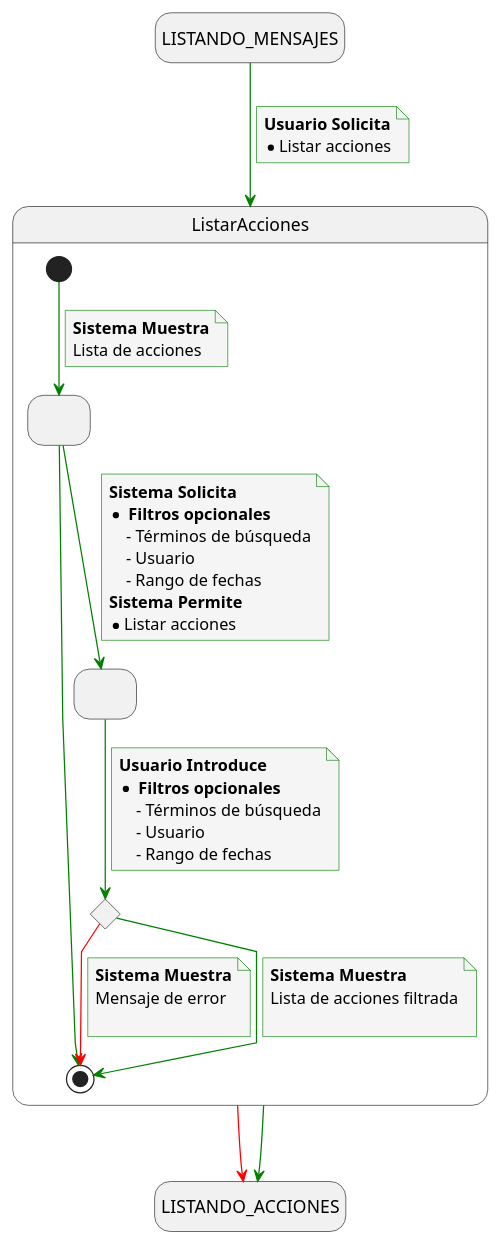
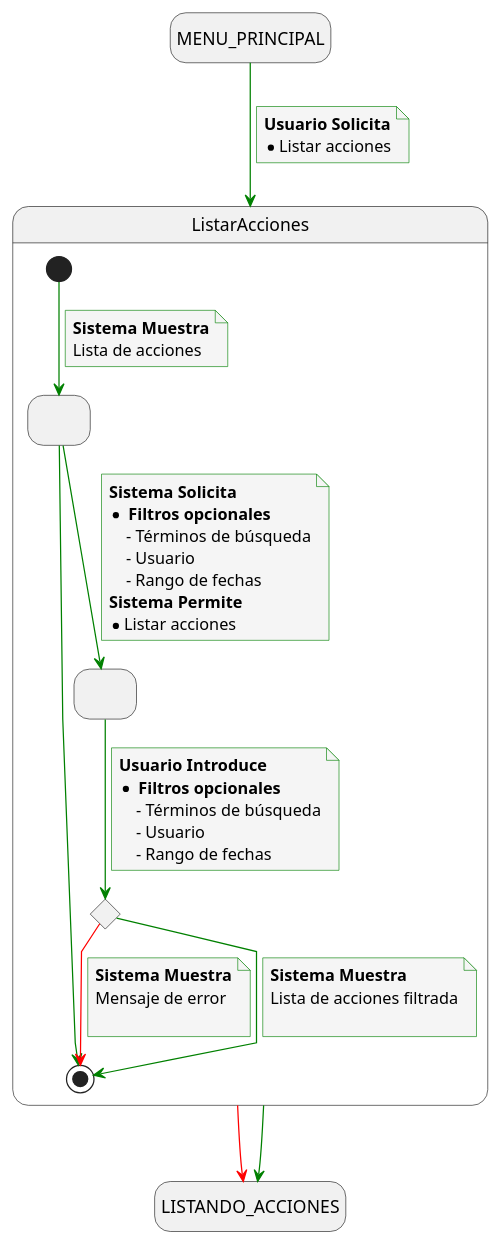
Before and after one commit to mmasias/24-25-IdSw1-SDR: the diagram in docs/casosDeUso/detalladoCasosDeUso/detalladoAuditoria/detalladoListarAcciones.puml, drawn with PlantUML. The commit also changed 13 other files, not shown here.

Commit message:
FIX/ actualizar estados iniciales y finales en diagramas de casos de uso

```diff
--- a/docs/casosDeUso/detalladoCasosDeUso/detalladoAuditoria/detalladoListarAcciones.puml
+++ b/docs/casosDeUso/detalladoCasosDeUso/detalladoAuditoria/detalladoListarAcciones.puml
@@ -1,70 +1,70 @@
 @startuml
 skinparam {
     NoteBackgroundColor #whiteSmoke
     ArrowColor #green
     NoteBorderColor #green
     linetype polyline
 }
 
 hide empty description
 
-state startState as "LISTANDO_MENSAJES"
+state startState as "MENU_PRINCIPAL"
 state endState as "LISTANDO_ACCIONES"
 
 startState --> ListarAcciones
 note on link
     <b>Usuario Solicita</b>
     * Listar acciones
 end note
 
 ListarAcciones --> endState
 ListarAcciones -[#red]> endState
 
 state ListarAcciones{
     state solicitudFiltros as " "
     state envioFiltros as " "
     state revisionFiltrosEnviados <<choice>>
 
     [*] --> solicitudFiltros
     note on link
         <b>Sistema Muestra</b>
         Lista de acciones
     end note
 
     solicitudFiltros -r-> [*]
 
     solicitudFiltros --> envioFiltros
     note on link
         <b>Sistema Solicita</b>
         * <b> Filtros opcionales </b>
             - Términos de búsqueda
             - Usuario
             - Rango de fechas
         <b>Sistema Permite</b>
         * Listar acciones
     end note
 
     envioFiltros --> revisionFiltrosEnviados
     note on link
         <b>Usuario Introduce</b>
         * <b> Filtros opcionales </b>
             - Términos de búsqueda
             - Usuario
             - Rango de fechas
     end note
 
     revisionFiltrosEnviados -[#red]-> [*]
     note on link
         <b>Sistema Muestra</b>
         Mensaje de error
 
     end note
 
     revisionFiltrosEnviados --> [*]
     note on link
         <b>Sistema Muestra</b>
         Lista de acciones filtrada
 
     end note
 }
 @enduml
```
